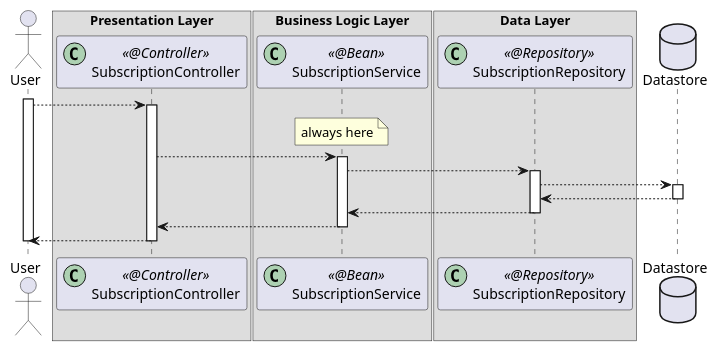
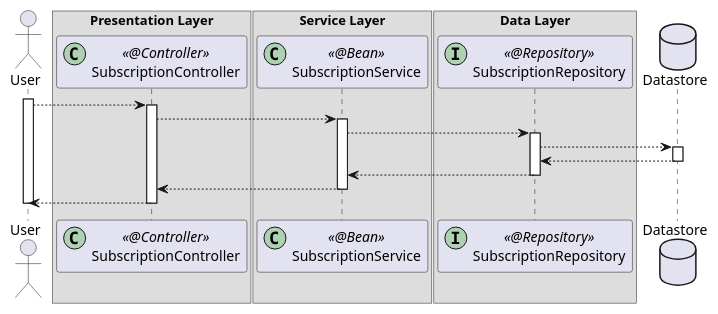
One commit to abchau/architecture-by-examples changed the diagram in layered/docs/diagrams/sequence.puml. Above: the diagram before and after it, drawn with PlantUML. The commit also changed 245 other files, not shown here.

```diff
--- a/layered/docs/diagrams/sequence.puml
+++ b/layered/docs/diagrams/sequence.puml
@@ -1,45 +1,43 @@
 @startuml
 
 actor User
 box Presentation Layer
 participant SubscriptionController << (C,#ADD1B2) @Controller >>
 end box
-box Business Logic Layer
+box Service Layer
 participant SubscriptionService << (C,#ADD1B2) @Bean >>
 end box
 box Data Layer
-participant SubscriptionRepository << (C,#ADD1B2) @Repository >>
+participant SubscriptionRepository << (I,#ADD1B2) @Repository >>
 end box
 database Datastore
 
 activate User
 
 User --> SubscriptionController
 activate SubscriptionController
-
-note over SubscriptionService: always here
 
 SubscriptionController --> SubscriptionService
 activate SubscriptionService
 
 SubscriptionService --> SubscriptionRepository
 activate SubscriptionRepository
 
 SubscriptionRepository --> Datastore
 activate Datastore
 
 Datastore --> SubscriptionRepository
 deactivate Datastore
 
 SubscriptionRepository --> SubscriptionService
 deactivate SubscriptionRepository
 
 SubscriptionService --> SubscriptionController
 deactivate SubscriptionService
 
 SubscriptionController --> User
 deactivate SubscriptionController
 
 deactivate User
 
 @enduml
```
